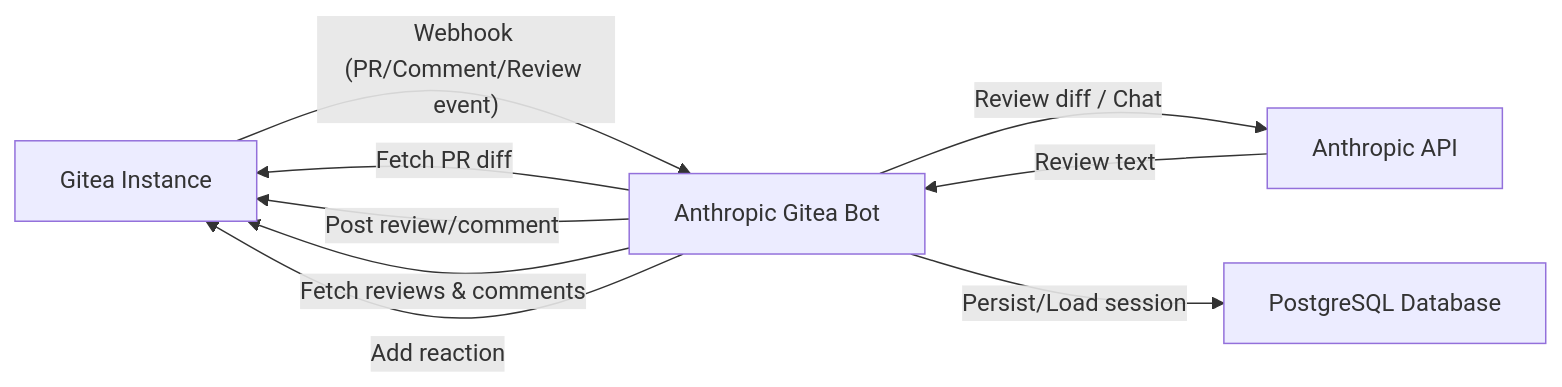
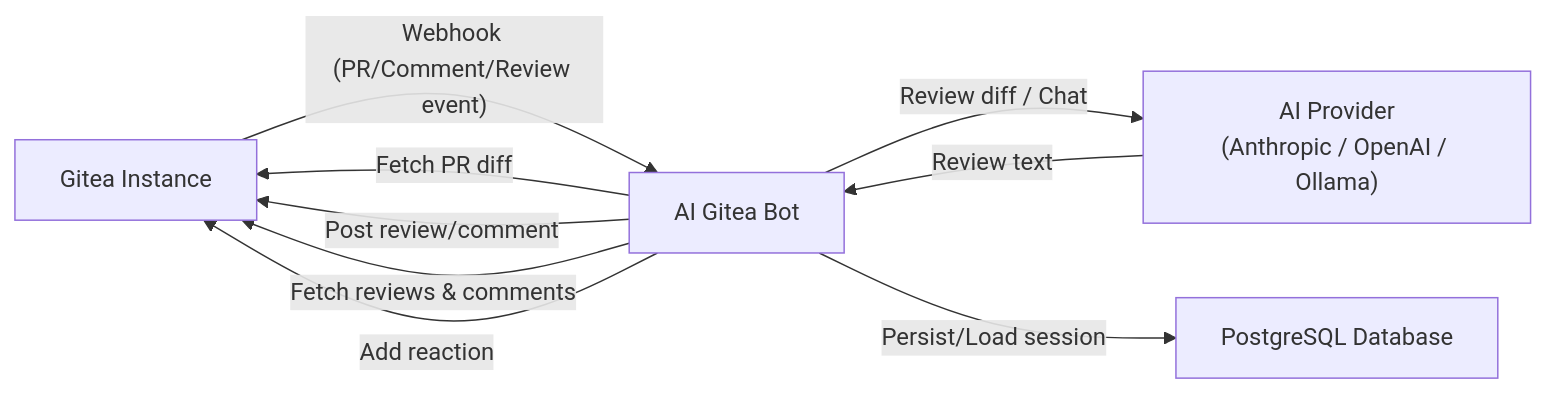
Before and after one commit to tmseidel/ai-gitea-bot: the first of 12 diagrams in doc/ARCHITECTURE.md, drawn with Mermaid. The commit also changed other lines of this file and 11 other files, not shown here.

First line of the commit message:
Add OpenAI/Ollama tests, systemtest environment, and update all documentation

````diff
--- a/doc/ARCHITECTURE.md
+++ b/doc/ARCHITECTURE.md
@@ -7,16 +7,16 @@
 ```mermaid
 graph LR
     Gitea["Gitea Instance"]
-    Bot["Anthropic Gitea Bot"]
-    Anthropic["Anthropic API"]
+    Bot["AI Gitea Bot"]
+    AI["AI Provider<br/>(Anthropic / OpenAI / Ollama)"]
     DB["PostgreSQL Database"]
 
     Gitea -- "Webhook (PR/Comment/Review event)" --> Bot
     Bot -- "Fetch PR diff" --> Gitea
     Bot -- "Post review/comment" --> Gitea
     Bot -- "Fetch reviews & comments" --> Gitea
     Bot -- "Add reaction" --> Gitea
-    Bot -- "Review diff / Chat" --> Anthropic
-    Anthropic -- "Review text" --> Bot
+    Bot -- "Review diff / Chat" --> AI
+    AI -- "Review text" --> Bot
     Bot -- "Persist/Load session" --> DB
 ```
````
